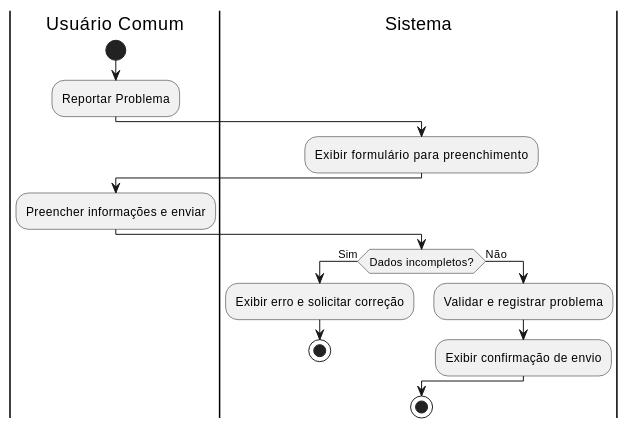
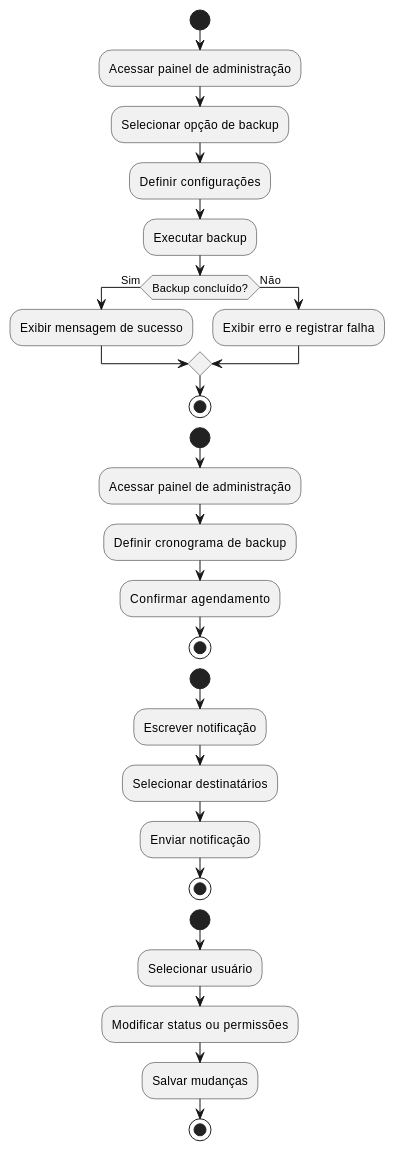
One commit to agu3des/CommunityLink changed the ninth of 16 diagrams in aps/specs/diagrama-de-atividades/uml_diagrama_atividades.md. Above: the diagram before and after it, drawn with PlantUML. The commit also changed other lines of this file and 28 other files, not shown here.

```diff
--- a/aps/specs/diagrama-de-atividades/uml_diagrama_atividades.md
+++ b/aps/specs/diagrama-de-atividades/uml_diagrama_atividades.md
@@ -253,18 +293,31 @@
 @startuml
-|Usuário Comum|
 start
-:Reportar Problema;
-|Sistema|
-:Exibir formulário para preenchimento;
-|Usuário Comum|
-:Preencher informações e enviar;
-|Sistema|
-if (Dados incompletos?) then (Sim)
-    :Exibir erro e solicitar correção;
-    stop
+:Acessar painel de administração;
+:Selecionar opção de backup;
+:Definir configurações;
+:Executar backup;
+if (Backup concluído?) then (Sim)
+    :Exibir mensagem de sucesso;
 else (Não)
-    :Validar e registrar problema;
-    :Exibir confirmação de envio;
+    :Exibir erro e registrar falha;
 endif
 stop
+
+start
+:Acessar painel de administração;
+:Definir cronograma de backup;
+:Confirmar agendamento;
+stop
+
+start
+:Escrever notificação;
+:Selecionar destinatários;
+:Enviar notificação;
+stop
+
+start
+:Selecionar usuário;
+:Modificar status ou permissões;
+:Salvar mudanças;
+stop
 @enduml
```
